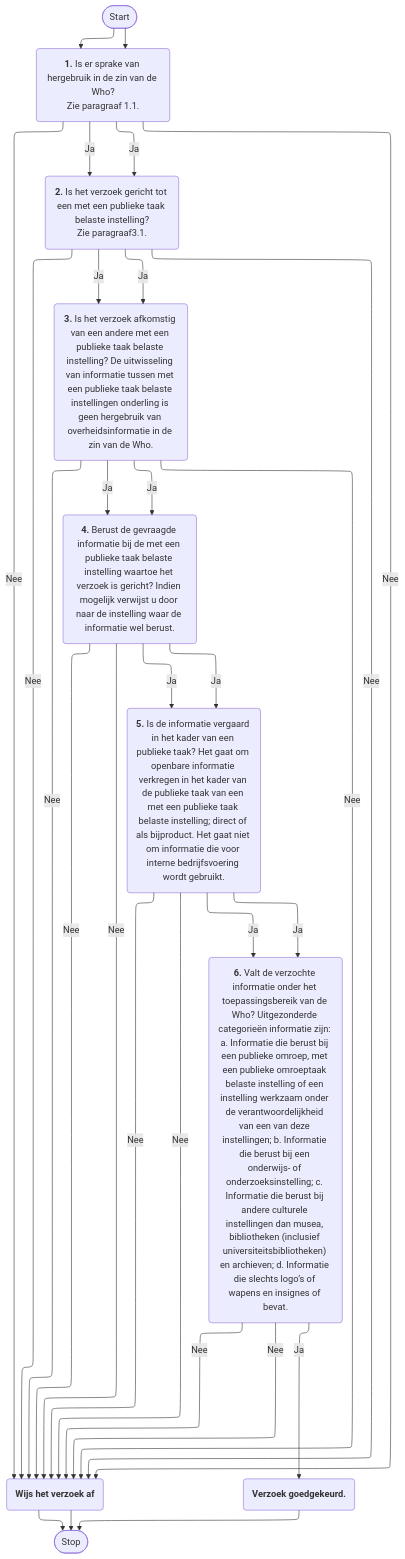
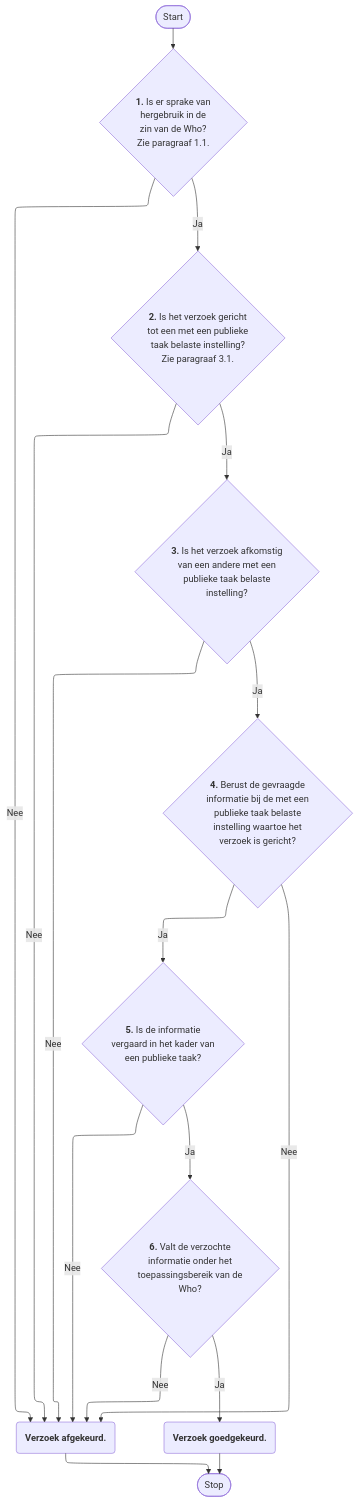
The fifth of 11 diagrams in mermaid.md (VNG-Realisatie/VNG-R-Respec-Template), drawn with Mermaid before and after one commit. The commit also changed other lines of this file, not shown here.

````diff
--- a/mermaid.md
+++ b/mermaid.md
@@ -183,56 +183,19 @@
 ```mermaid
 %%{init: {"flowchart": {"defaultRenderer": "elk"}} }%%
 graph TD
     A([Start])---->B{"<b>1.</b> Is er sprake van<br/>hergebruik in de<br/>zin van de Who?<br/>ie paragraaf 1.1."}
     B{"<b>1.</b> Is er sprake van<br/>hergebruik in de<br/>zin van de Who?<br/>Zie paragraaf 1.1."}-- Nee -->L("<b>Wijs het verzoek af.</b>")
     B{"<b>1.</b> Is er sprake van<br/>hergebruik in de<br/>zin van de Who?<br/>Zie paragraaf 1.1."}-- Ja -->C{"<b>2.</b> Is het verzoek gericht<br/>tot een met een publieke<br/>taak belaste instelling?<br/>Zie paragraaf 3.1."}
     C{"<b>2.</b> Is het verzoek gericht<br/>tot een met een publieke<br/>taak belaste instelling?<br/>Zie paragraaf 3.1."}-- Nee -->L("<b>Wijs het verzoek af.</b>")
     C{"<b>2.</b> Is het verzoek gericht<br/>tot een met een publieke<br/>taak belaste instelling?<br/>Zie paragraaf 3.1."}-- Ja -->D{"<b>3.</b> Is het verzoek afkomstig<br/>van een andere met een<br/>publieke taak belaste<br/>instelling?"}
     D{"<b>3.</b> Is het verzoek afkomstig<br/>van een andere met een<br/>publieke taak belaste<br/>instelling?"}-- Nee -->L("<b>Wijs het verzoek af.</b>")
     D{"<b>3.</b> Is het verzoek afkomstig<br/>van een andere met een<br/>publieke taak belaste<br/>instelling?"}-- Ja -->E{"<b>4.</b> Berust de gevraagde<br/>informatie bij de met een<br/>publieke taak belaste<br/>instelling waartoe het<br/>verzoek is gericht?"}
     E{"<b>4.</b> Berust de gevraagde<br/>informatie bij de met een<br/>publieke taak belaste<br/>instelling waartoe het<br/>verzoek is gericht?"}-- Nee -->L("<b>Wijs het verzoek af.</b>")
     E{"<b>4.</b> Berust de gevraagde<br/>informatie bij de met een<br/>publieke taak belaste<br/>instelling waartoe het<br/>verzoek is gericht?"}-- Ja --> F{"<b>5.</b> Is de informatie<br/>vergaard in het kader van<br/>een publieke taak?"}
     F{"<b>5.</b> Is de informatie<br/>vergaard in het kader van<br/>een publieke taak?"}-- Nee -->L("<b>Wijs het verzoek af.</b>")
     F{"<b>5.</b> Is de informatie<br/>vergaard in het kader van<br/>een publieke taak?"}-- Ja -->G{"<b>6.</b> Valt de verzochte<br/>informatie onder het<br/>toepassingsbereik van de<br/>Who?"}
     G{"<b>6.</b> Valt de verzochte<br/>informatie onder het<br/>toepassingsbereik van de<br/>Who?"}-- Nee -->L("<b>Verzoek afgekeurd.</b>")
     G{"<b>6.</b> Valt de verzochte<br/>informatie onder het<br/>toepassingsbereik van de<br/>Who?"}-- Ja -->M("<b>Verzoek goedgekeurd.</b>")
     L("<b>Verzoek afgekeurd.</b>")---->X([Stop])
     M("<b>Verzoek goedgekeurd.</b>")---->X([Stop])
-
-
-
-
-
-
-    A([Start])---->B("`**1.** Is er sprake van hergebruik in de zin van de Who?
-    Zie paragraaf 1.1.`")
-
-    B("`**1.** Is er sprake van hergebruik in de zin van de Who?
-    Zie paragraaf 1.1.`")-- Nee -->L("`**Wijs het verzoek af**`")
-
-    B("`**1.** Is er sprake van hergebruik in de zin van de Who?
-    Zie paragraaf 1.1.`")-- Ja -->C("`**2.** Is het verzoek gericht tot een met een publieke taak belaste instelling?
-    Zie paragraaf3.1.`")
-
-    C("`**2.** Is het verzoek gericht tot een met een publieke taak belaste instelling?
-    Zie paragraaf3.1.`")-- Nee -->L("`**Wijs het verzoek af**`")
-
-    C("`**2.** Is het verzoek gericht tot een met een publieke taak belaste instelling?
-    Zie paragraaf3.1.`")
--- Ja -->D("`**3.** Is het verzoek afkomstig van een andere met een publieke taak belaste instelling? De uitwisseling van informatie tussen met een publieke taak belaste instellingen onderling is geen hergebruik van overheidsinformatie in de zin van de Who.`")
-
-    D("`**3.** Is het verzoek afkomstig van een andere met een publieke taak belaste instelling? De uitwisseling van informatie tussen met een publieke taak belaste instellingen onderling is geen hergebruik van overheidsinformatie in de zin van de Who.`")-- Nee -->L("`**Wijs het verzoek af**`")
-
-    D("`**3.** Is het verzoek afkomstig van een andere met een publieke taak belaste instelling? De uitwisseling van informatie tussen met een publieke taak belaste instellingen onderling is geen hergebruik van overheidsinformatie in de zin van de Who.`")-- Ja -->E("`**4.** Berust de gevraagde informatie bij de met een publieke taak belaste instelling waartoe het verzoek is gericht? Indien mogelijk verwijst u door naar de instelling waar de informatie wel berust.`")
-
-    E("`**4.** Berust de gevraagde informatie bij de met een publieke taak belaste instelling waartoe het verzoek is gericht? Indien mogelijk verwijst u door naar de instelling waar de informatie wel berust.`")-- Nee -->L("`**Wijs het verzoek af**`")
-
-    E("`**4.** Berust de gevraagde informatie bij de met een publieke taak belaste instelling waartoe het verzoek is gericht? Indien mogelijk verwijst u door naar de instelling waar de informatie wel berust.`")-- Ja --> F("`**5.** Is de informatie vergaard in het kader van een publieke taak? Het gaat om openbare informatie verkregen in het kader van de publieke taak van een met een publieke taak belaste instelling; direct of als bijproduct. Het gaat niet om informatie die voor interne bedrijfsvoering wordt gebruikt.`")
-
-    F("`**5.** Is de informatie vergaard in het kader van een publieke taak? Het gaat om openbare informatie verkregen in het kader van de publieke taak van een met een publieke taak belaste instelling; direct of als bijproduct. Het gaat niet om informatie die voor interne bedrijfsvoering wordt gebruikt.`")-- Nee -->L("`**Wijs het verzoek af**`")
-
-    F("`**5.** Is de informatie vergaard in het kader van een publieke taak? Het gaat om openbare informatie verkregen in het kader van de publieke taak van een met een publieke taak belaste instelling; direct of als bijproduct. Het gaat niet om informatie die voor interne bedrijfsvoering wordt gebruikt.`")-- Ja -->G("`**6.** Valt de verzochte informatie onder het toepassingsbereik van de Who? Uitgezonderde categorieën informatie zijn: a. Informatie die berust bij een publieke omroep, met een publieke omroeptaak belaste instelling of een instelling werkzaam onder de verantwoordelijkheid van een van deze instellingen; b. Informatie die berust bij een onderwijs- of onderzoeksinstelling; c. Informatie die berust bij andere culturele instellingen dan musea, bibliotheken (inclusief universiteitsbibliotheken) en archieven; d. Informatie die slechts logo’s of wapens en insignes of bevat.`")
-
-    G("`**6.** Valt de verzochte informatie onder het toepassingsbereik van de Who? Uitgezonderde categorieën informatie zijn: a. Informatie die berust bij een publieke omroep, met een publieke omroeptaak belaste instelling of een instelling werkzaam onder de verantwoordelijkheid van een van deze instellingen; b. Informatie die berust bij een onderwijs- of onderzoeksinstelling; c. Informatie die berust bij andere culturele instellingen dan musea, bibliotheken (inclusief universiteitsbibliotheken) en archieven; d. Informatie die slechts logo’s of wapens en insignes of bevat.`")-- Nee -->L("`**Wijs het verzoek af**`")
----->X([Stop])
 ```
````
